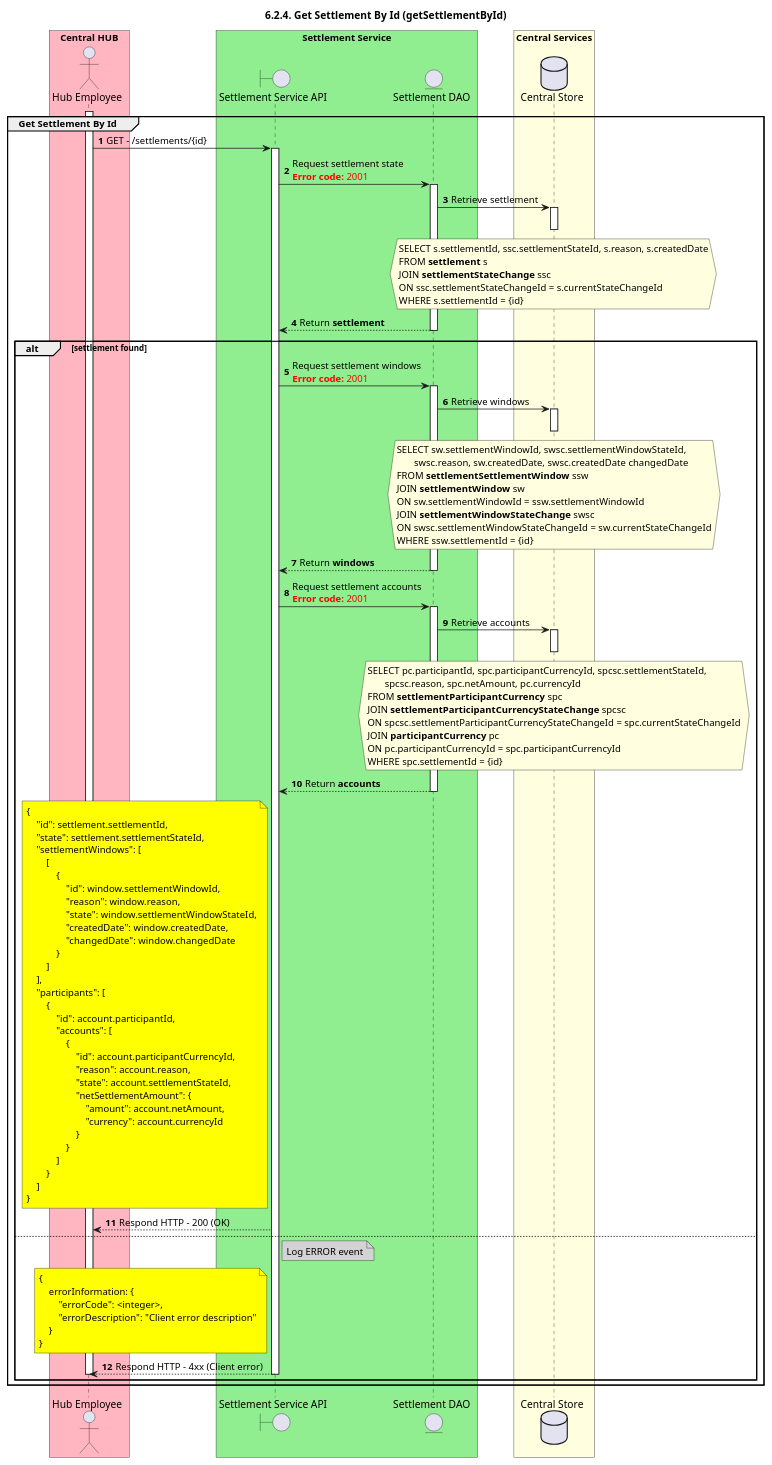
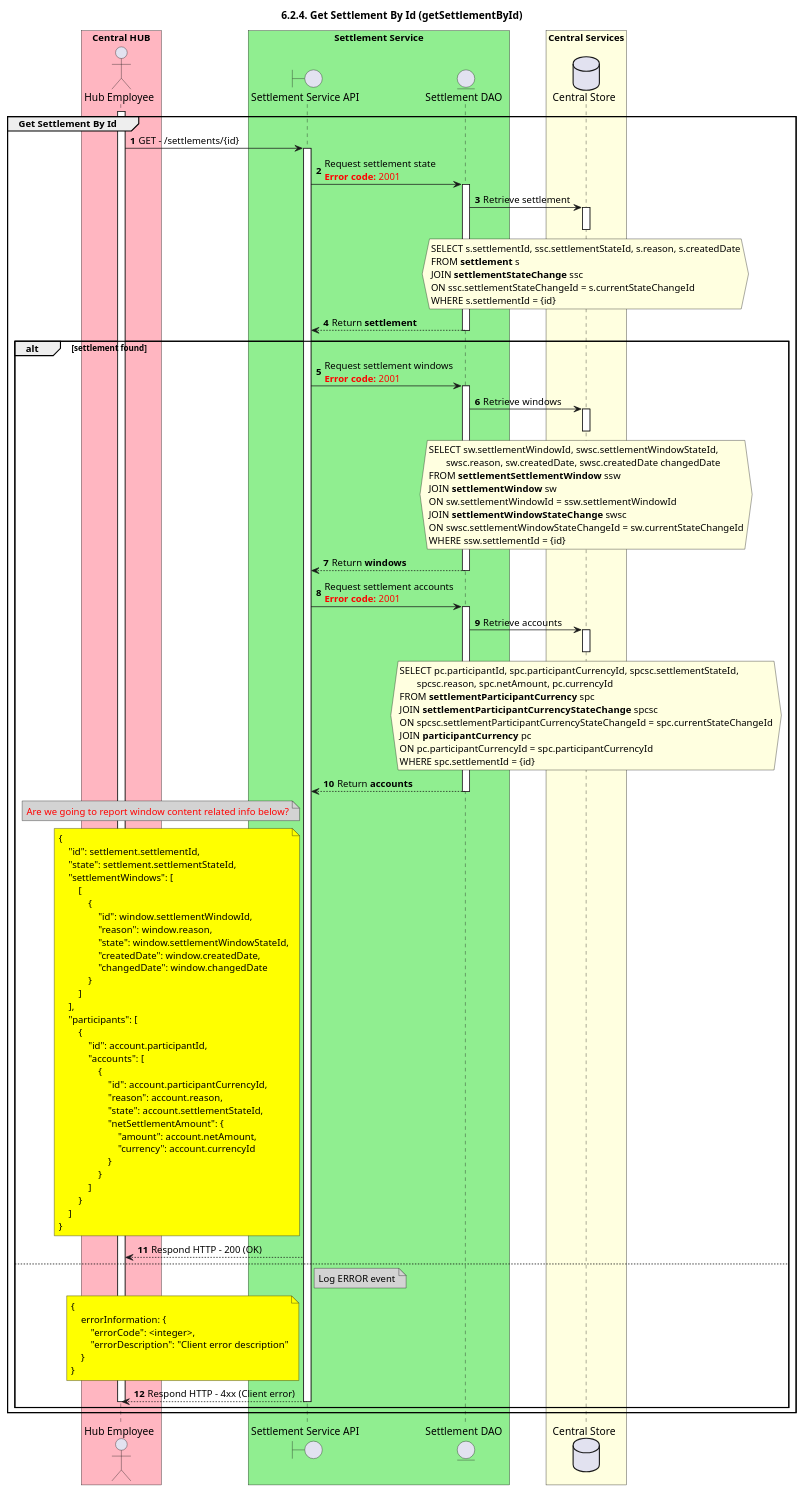
The diagram in mojaloop-technical-overview/central-settlements/settlement-process/assets/diagrams/sequence/seq-settlement-6.2.4.plantuml (mojaloop/documentation), drawn with PlantUML before and after one commit. The commit also changed other lines of this file and 11 other files, not shown here.

```diff
--- a/mojaloop-technical-overview/central-settlements/settlement-process/assets/diagrams/sequence/seq-settlement-6.2.4.plantuml
+++ b/mojaloop-technical-overview/central-settlements/settlement-process/assets/diagrams/sequence/seq-settlement-6.2.4.plantuml
@@ -25,135 +26,137 @@
 @startuml
 ' declate title
 title 6.2.4. Get Settlement By Id (getSettlementById)
 autonumber
 
 ' declare actors
 actor "Hub Employee" as OPERATOR
 boundary "Settlement Service API" as SSAPI
 entity "Settlement DAO" as SETTLE_DAO
 database "Central Store" as DB
 
 box "Central HUB" #lightpink
     participant OPERATOR
 end box
 
 box "Settlement Service" #lightgreen
     participant SSAPI
     participant SETTLE_DAO
 end box
 
 box "Central Services" #lightyellow
     participant DB
 end box
 
 ' start flow
 group Get Settlement By Id
 activate OPERATOR
     OPERATOR -> SSAPI: GET - /settlements/{id}
     activate SSAPI
 
     SSAPI-> SETTLE_DAO: Request settlement state\n<color #FF0000><b>Error code:</b> 2001</color>
     activate SETTLE_DAO
     SETTLE_DAO -> DB: Retrieve settlement
     activate DB
     hnote over DB #lightyellow
         SELECT s.settlementId, ssc.settlementStateId, s.reason, s.createdDate
         FROM **settlement** s
         JOIN **settlementStateChange** ssc
         ON ssc.settlementStateChangeId = s.currentStateChangeId
         WHERE s.settlementId = {id}
     end hnote
     deactivate DB
     SSAPI <-- SETTLE_DAO: Return **settlement**
     deactivate SETTLE_DAO
 
     alt settlement found
         SSAPI-> SETTLE_DAO: Request settlement windows\n<color #FF0000><b>Error code:</b> 2001</color>
         activate SETTLE_DAO
         SETTLE_DAO -> DB: Retrieve windows
         activate DB
         hnote over DB #lightyellow
             SELECT sw.settlementWindowId, swsc.settlementWindowStateId,
                    swsc.reason, sw.createdDate, swsc.createdDate changedDate
             FROM **settlementSettlementWindow** ssw
             JOIN **settlementWindow** sw
             ON sw.settlementWindowId = ssw.settlementWindowId
             JOIN **settlementWindowStateChange** swsc
             ON swsc.settlementWindowStateChangeId = sw.currentStateChangeId
             WHERE ssw.settlementId = {id}
         end hnote
         deactivate DB
         SSAPI <-- SETTLE_DAO: Return **windows**
         deactivate SETTLE_DAO
 
         SSAPI-> SETTLE_DAO: Request settlement accounts\n<color #FF0000><b>Error code:</b> 2001</color>
         activate SETTLE_DAO
         SETTLE_DAO -> DB: Retrieve accounts
         activate DB
         hnote over DB #lightyellow
             SELECT pc.participantId, spc.participantCurrencyId, spcsc.settlementStateId, 
                    spcsc.reason, spc.netAmount, pc.currencyId
             FROM **settlementParticipantCurrency** spc
             JOIN **settlementParticipantCurrencyStateChange** spcsc
             ON spcsc.settlementParticipantCurrencyStateChangeId = spc.currentStateChangeId
             JOIN **participantCurrency** pc
             ON pc.participantCurrencyId = spc.participantCurrencyId
             WHERE spc.settlementId = {id}
         end hnote
         deactivate DB
         SSAPI <-- SETTLE_DAO: Return **accounts**
         deactivate SETTLE_DAO
 
-        deactivate SETTLE_DAO
+        note left of SSAPI #lightgray
+            <color #red>Are we going to report window content related info below?</color>
+        end note
         note left of SSAPI #yellow
             {
                 "id": settlement.settlementId,
                 "state": settlement.settlementStateId,
                 "settlementWindows": [
                     [
                         {
                             "id": window.settlementWindowId,
                             "reason": window.reason,
                             "state": window.settlementWindowStateId,
                             "createdDate": window.createdDate,
                             "changedDate": window.changedDate
                         }
                     ]
                 ],
                 "participants": [
                     {
                         "id": account.participantId,
                         "accounts": [
                             {
                                 "id": account.participantCurrencyId,
                                 "reason": account.reason,
                                 "state": account.settlementStateId,
                                 "netSettlementAmount": {
                                     "amount": account.netAmount,
                                     "currency": account.currencyId
                                 }
                             }
                         ]
                     }
                 ]
             }
         end note
         OPERATOR <-- SSAPI: Respond HTTP - 200 (OK)
     else
         note right of SSAPI #lightgray
             Log ERROR event
         end note
         note left of SSAPI #yellow
             {
                 errorInformation: {
                     "errorCode": <integer>,
                     "errorDescription": "Client error description"
                 }
             }
         end note
         OPERATOR <-- SSAPI: Respond HTTP - 4xx (Client error)
         deactivate SSAPI
         deactivate OPERATOR
     end
 end
 @enduml
```
